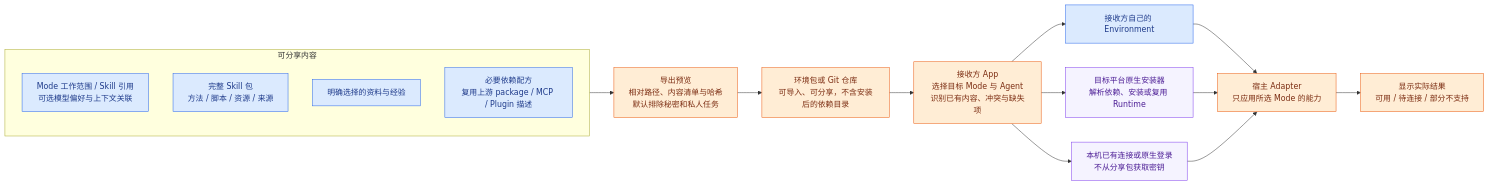
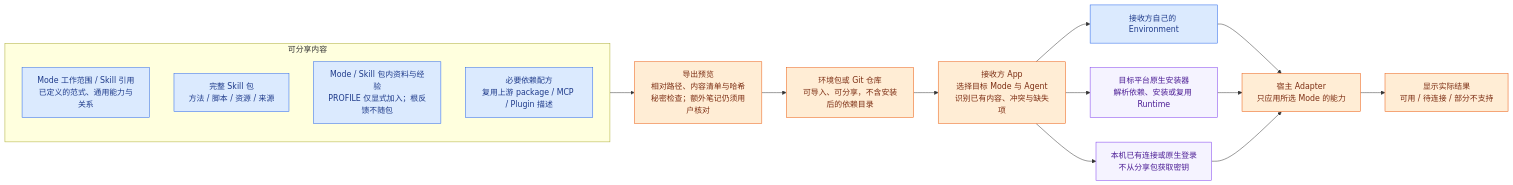
Before and after one commit to qihangzhang-272/asl-harness: the diagram in docs/architecture/02e-portable-environment.md, drawn with Mermaid. The commit also changed other lines of this file and 24 other files, not shown here.

````diff
--- a/docs/architecture/02e-portable-environment.md
+++ b/docs/architecture/02e-portable-environment.md
@@ -34,26 +36,26 @@
 ```mermaid
 flowchart LR
     subgraph CONTENT["可分享内容"]
-        MODE["Mode 工作范围 / Skill 引用<br/>可选模型偏好与上下文关联"]
+        MODE["Mode 工作范围 / Skill 引用<br/>已定义的范式、通用能力与关系"]
         SKILL["完整 Skill 包<br/>方法 / 脚本 / 资源 / 来源"]
-        NOTES["明确选择的资料与经验"]
+        NOTES["Mode / Skill 包内资料与经验<br/>PROFILE 仅显式加入；根反馈不随包"]
         NEEDS["必要依赖配方<br/>复用上游 package / MCP / Plugin 描述"]
     end
-    CONTENT --> EXPORT["导出预览<br/>相对路径、内容清单与哈希<br/>默认排除秘密和私人任务"]
+    CONTENT --> EXPORT["导出预览<br/>相对路径、内容清单与哈希<br/>秘密检查；额外笔记仍须用户核对"]
     EXPORT --> PACKAGE["环境包或 Git 仓库<br/>可导入、可分享，不含安装后的依赖目录"]
     PACKAGE --> IMPORT["接收方 App<br/>选择目标 Mode 与 Agent<br/>识别已有内容、冲突与缺失项"]
     IMPORT --> LOCAL["接收方自己的 Environment"]
     IMPORT --> INSTALL["目标平台原生安装器<br/>解析依赖、安装或复用 Runtime"]
     IMPORT --> ACCOUNT["本机已有连接或原生登录<br/>不从分享包获取密钥"]
     LOCAL --> ADAPTER["宿主 Adapter<br/>只应用所选 Mode 的能力"]
     INSTALL --> ADAPTER
     ACCOUNT --> ADAPTER
     ADAPTER --> STATUS["显示实际结果<br/>可用 / 待连接 / 部分不支持"]
     classDef pending fill:#ffedd5,stroke:#ea580c,color:#7c2d12;
     classDef boundary fill:#dbeafe,stroke:#2563eb,color:#1e3a8a;
     classDef native fill:#f5f3ff,stroke:#7c3aed,color:#4c1d95;
     class MODE,SKILL,NOTES,NEEDS,LOCAL boundary;
     class EXPORT,PACKAGE,IMPORT,ADAPTER,STATUS pending;
     class INSTALL,ACCOUNT native;
 
 ```
````
